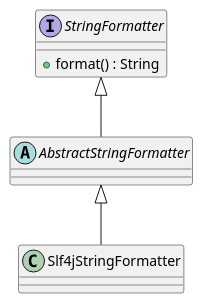
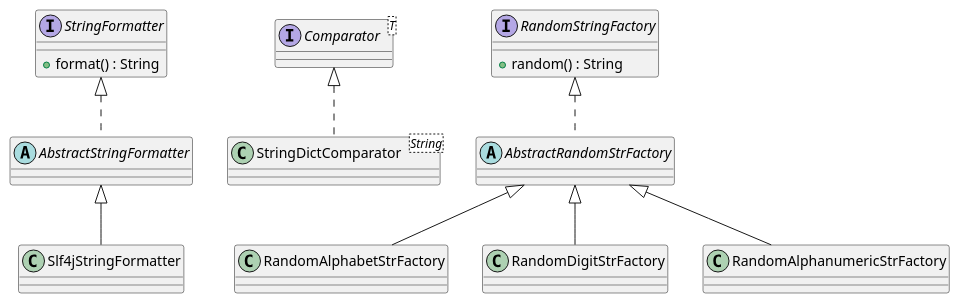
Before and after one commit to akudy/beehive-parent: the diagram in beehive-core/src/main/resources/design-thought/string/String-class-diagram.puml, drawn with PlantUML. The commit also changed 11 other files, not shown here.

```diff
--- a/beehive-core/src/main/resources/design-thought/string/String-class-diagram.puml
+++ b/beehive-core/src/main/resources/design-thought/string/String-class-diagram.puml
@@ -1,12 +1,30 @@
 @startuml
 
 interface StringFormatter {
     +format() : String
 }
 abstract class AbstractStringFormatter
 class Slf4jStringFormatter
 
-StringFormatter <|-- AbstractStringFormatter
+StringFormatter <|.. AbstractStringFormatter
 AbstractStringFormatter <|-- Slf4jStringFormatter
 
+interface Comparator<T>
+class StringDictComparator<String>
+
+Comparator <|.. StringDictComparator
+
+interface RandomStringFactory {
+    +random() : String
+}
+abstract class AbstractRandomStrFactory
+class RandomAlphabetStrFactory
+class RandomDigitStrFactory
+class RandomAlphanumericStrFactory
+
+RandomStringFactory <|.. AbstractRandomStrFactory
+AbstractRandomStrFactory <|-- RandomAlphabetStrFactory
+AbstractRandomStrFactory <|-- RandomDigitStrFactory
+AbstractRandomStrFactory <|-- RandomAlphanumericStrFactory
+
 @enduml
```
